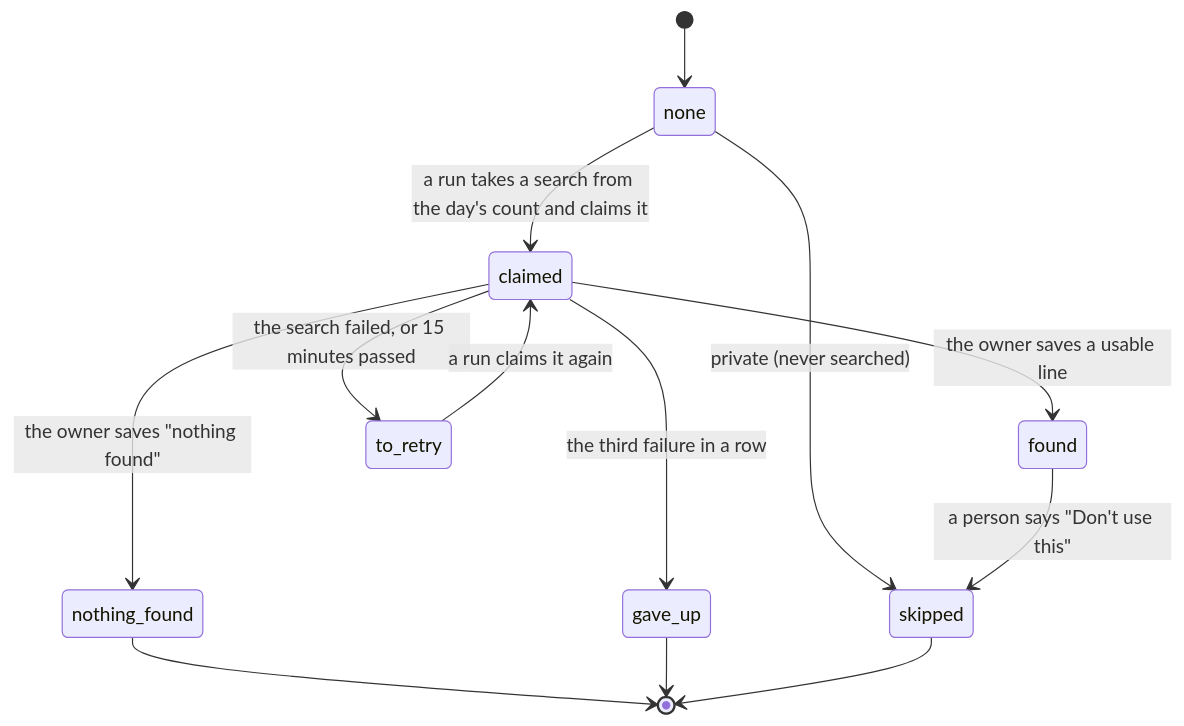
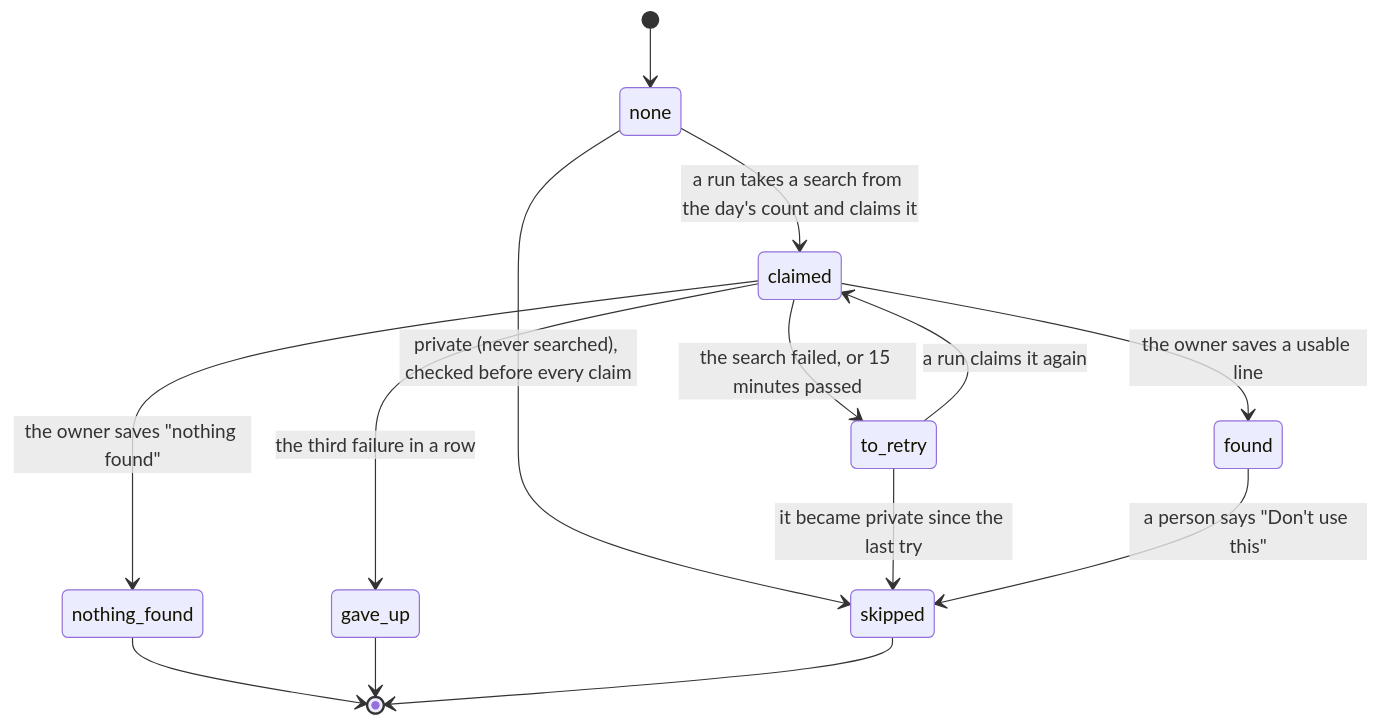
The first of 2 diagrams in docs/superpowers/specs/2026-11-12-store-lookup-design.md (kwilson21/tally), drawn with Mermaid before and after one commit. The commit also changed other lines of this file and 1 other file, not shown here.

````diff
--- a/docs/superpowers/specs/2026-11-12-store-lookup-design.md
+++ b/docs/superpowers/specs/2026-11-12-store-lookup-design.md
@@ -85,15 +91,16 @@
 ```mermaid
 stateDiagram-v2
     [*] --> none
-    none --> skipped: private (never searched)
+    none --> skipped: private (never searched), checked before every claim
     none --> claimed: a run takes a search from the day's count and claims it
     claimed --> found: the owner saves a usable line
     claimed --> nothing_found: the owner saves "nothing found"
     claimed --> to_retry: the search failed, or 15 minutes passed
     to_retry --> claimed: a run claims it again
+    to_retry --> skipped: it became private since the last try
     claimed --> gave_up: the third failure in a row
     found --> skipped: a person says "Don't use this"
     nothing_found --> [*]
     gave_up --> [*]
     skipped --> [*]
 ```
````
